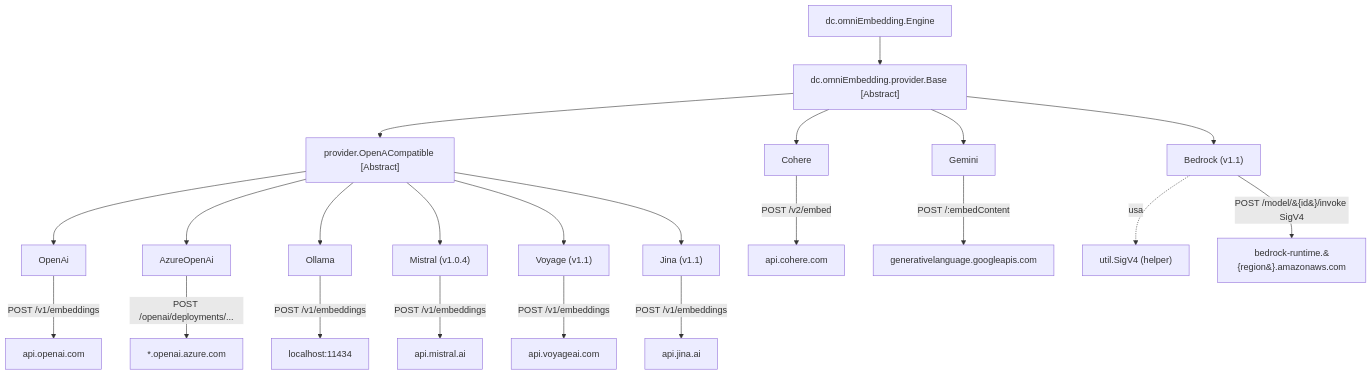
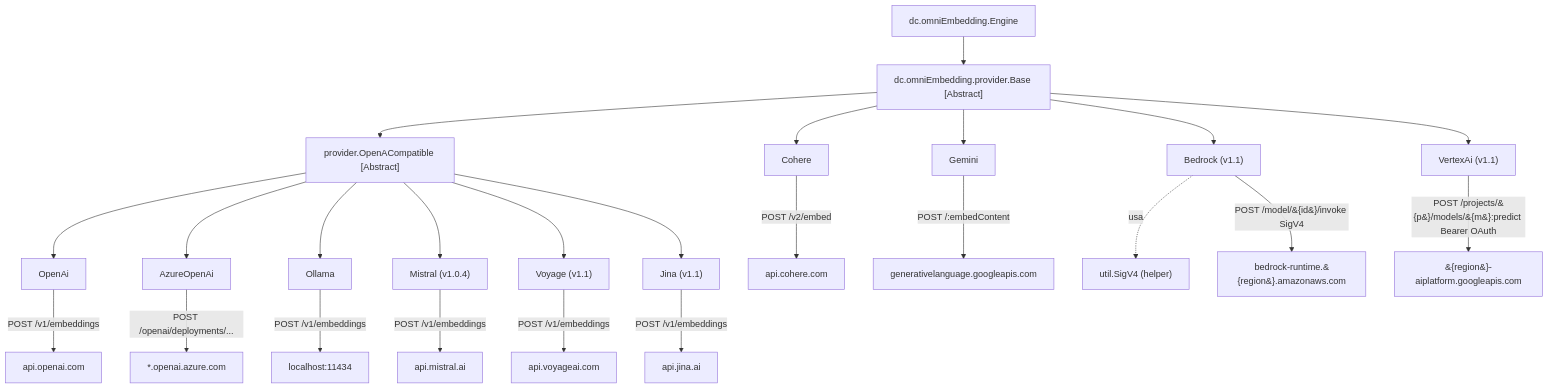
Before and after one commit to henryhamon/omniEmbedding: the fifth of 5 diagrams in .kiro/specs/omni-embedding-gateway/design.md, drawn with Mermaid. The commit also changed other lines of this file and 11 other files, not shown here.

Commit message:
Add AWS Bedrock and Google Vertex AI embedding providers with SigV4 and OAuth 2.0 authentication, payload/response handling, dispatch, validation, and comprehensive unit tests

````diff
--- a/.kiro/specs/omni-embedding-gateway/design.md
+++ b/.kiro/specs/omni-embedding-gateway/design.md
@@ -1146,30 +1146,32 @@
 ```mermaid
 graph TD
     ENGINE["dc.omniEmbedding.Engine"]
     BASE["dc.omniEmbedding.provider.Base [Abstract]"]
     OAC["provider.OpenACompatible [Abstract]"]
     SIGV4["util.SigV4 (helper)"]
 
     ENGINE --> BASE
     BASE --> OAC
     BASE --> COHERE["Cohere"]
     BASE --> GEMINI["Gemini"]
     BASE --> BEDROCK["Bedrock (v1.1)"]
     OAC --> OPENAI["OpenAi"]
     OAC --> AZURE["AzureOpenAi"]
     OAC --> OLLAMA["Ollama"]
     OAC --> MISTRAL["Mistral (v1.0.4)"]
     OAC --> VOYAGE["Voyage (v1.1)"]
     OAC --> JINA["Jina (v1.1)"]
+    BASE --> VERTEX["VertexAi (v1.1)"]
     BEDROCK -.usa.-> SIGV4
 
     OPENAI -->|POST /v1/embeddings| EXT_OPENAI["api.openai.com"]
     AZURE -->|POST /openai/deployments/...| EXT_AZURE["*.openai.azure.com"]
     OLLAMA -->|POST /v1/embeddings| EXT_OLLAMA["localhost:11434"]
     COHERE -->|POST /v2/embed| EXT_COHERE["api.cohere.com"]
     GEMINI -->|POST /:embedContent| EXT_GEMINI["generativelanguage.googleapis.com"]
     MISTRAL -->|POST /v1/embeddings| EXT_MISTRAL["api.mistral.ai"]
     VOYAGE -->|POST /v1/embeddings| EXT_VOYAGE["api.voyageai.com"]
     JINA -->|POST /v1/embeddings| EXT_JINA["api.jina.ai"]
     BEDROCK -->|POST /model/&#123;id&#125;/invoke SigV4| EXT_BEDROCK["bedrock-runtime.&#123;region&#125;.amazonaws.com"]
+    VERTEX -->|POST /projects/&#123;p&#125;/models/&#123;m&#125;:predict Bearer OAuth| EXT_VERTEX["&#123;region&#125;-aiplatform.googleapis.com"]
 ```
````
